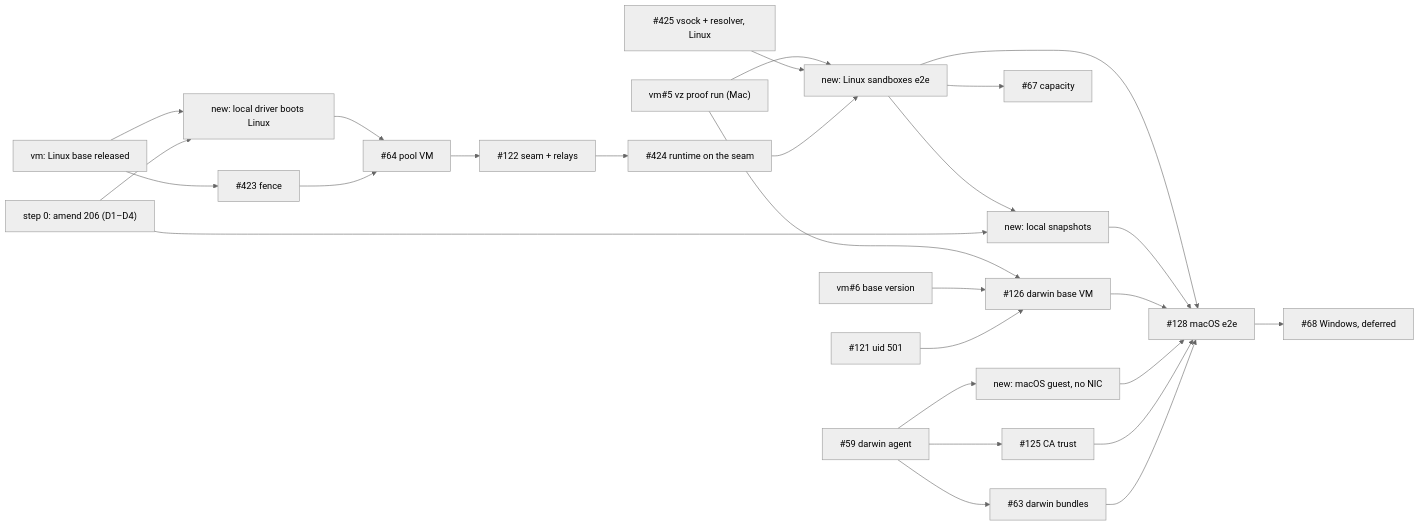
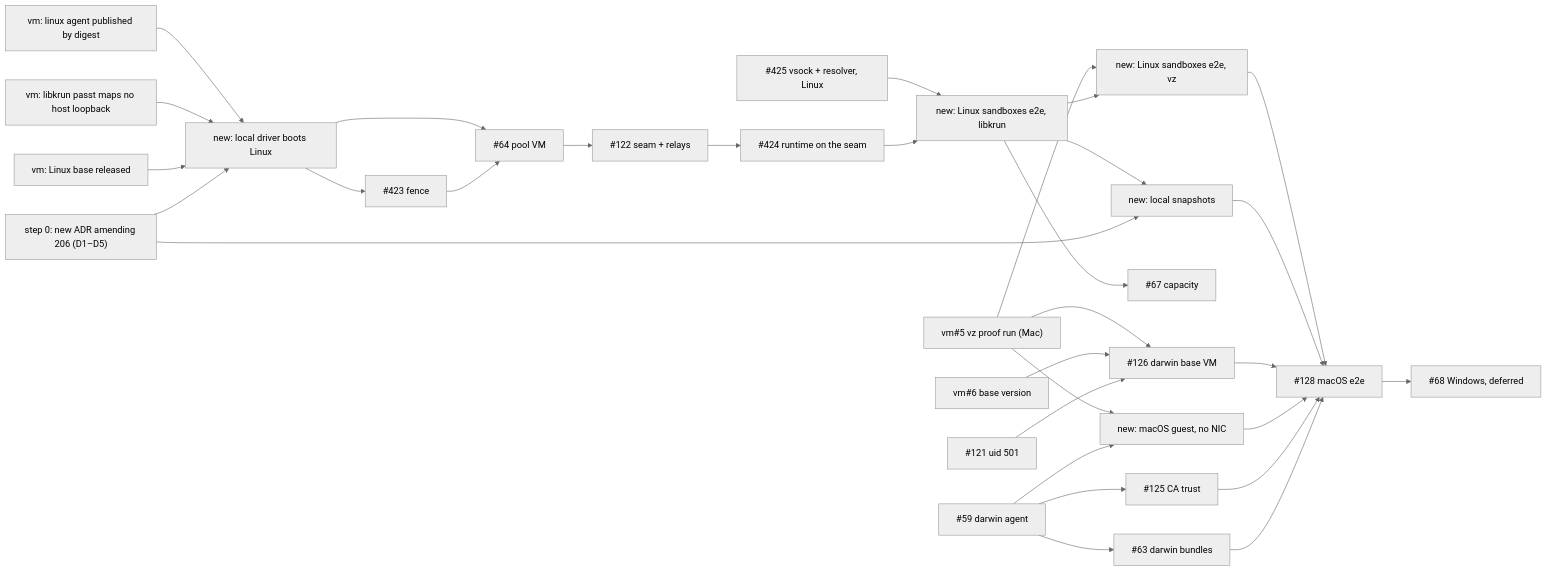
One commit to discobox-ai/discobox changed the diagram in docs/tasks/26-10-31-206-local-vm-pools.md. Above: the diagram before and after it, drawn with Mermaid (neutral theme). The commit also changed other lines of this file, not shown here.

````diff
--- a/docs/tasks/26-10-31-206-local-vm-pools.md
+++ b/docs/tasks/26-10-31-206-local-vm-pools.md
@@ -194,29 +271,33 @@
 ```mermaid
 graph LR
-  S0["step 0: amend 206 (D1–D4)"] --> AG
+  S0["step 0: new ADR amending 206 (D1–D5)"] --> AG
   S0 --> SNAP
-  B["vm: Linux base released"] --> F423["#423 fence"]
-  B --> AG["new: local driver boots Linux"]
+  B["vm: Linux base released"] --> AG["new: local driver boots Linux"]
+  PASST["vm: libkrun passt maps no host loopback"] --> AG
+  VAG["vm: linux agent published by digest"] --> AG
+  AG --> F423["#423 fence"]
   F423 --> P64["#64 pool VM"]
   AG --> P64
   P64 --> S122["#122 seam + relays"]
   S122 --> P424["#424 runtime on the seam"]
-  P424 --> LIN["new: Linux sandboxes e2e"]
-  S425["#425 vsock + resolver, Linux"] --> LIN
-  LIN --> C67["#67 capacity"]
-  LIN --> SNAP["new: local snapshots"]
-  PROOF["vm#5 vz proof run (Mac)"] --> LIN
+  P424 --> LINL["new: Linux sandboxes e2e, libkrun"]
+  S425["#425 vsock + resolver, Linux"] --> LINL
+  LINL --> LINM["new: Linux sandboxes e2e, vz"]
+  PROOF["vm#5 vz proof run (Mac)"] --> LINM
+  LINL --> C67["#67 capacity"]
+  LINL --> SNAP["new: local snapshots"]
   A59["#59 darwin agent"] --> A63["#63 darwin bundles"]
   A59 --> A125["#125 CA trust"]
   A59 --> DG["new: macOS guest, no NIC"]
+  PROOF --> DG
   U121["#121 uid 501"] --> D126["#126 darwin base VM"]
   V6["vm#6 base version"] --> D126
   PROOF --> D126
   A63 --> M128["#128 macOS e2e"]
   A125 --> M128
   DG --> M128
   D126 --> M128
   SNAP --> M128
-  LIN --> M128
+  LINM --> M128
   M128 --> W68["#68 Windows, deferred"]
 ```
````
